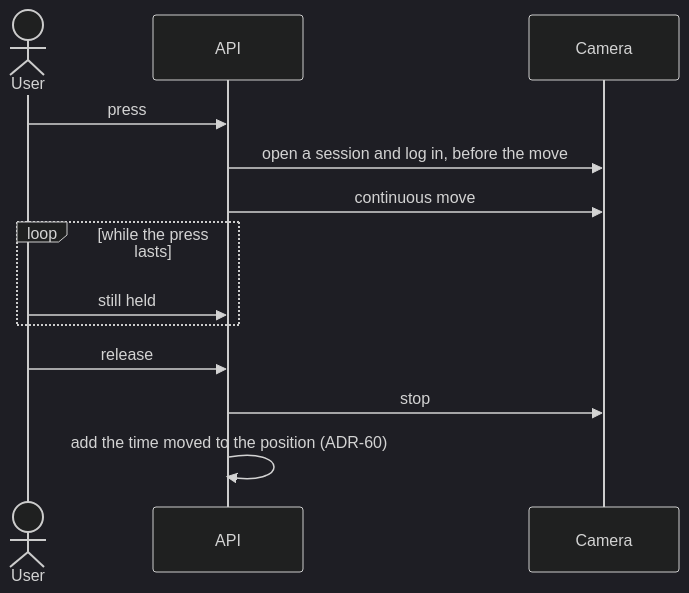
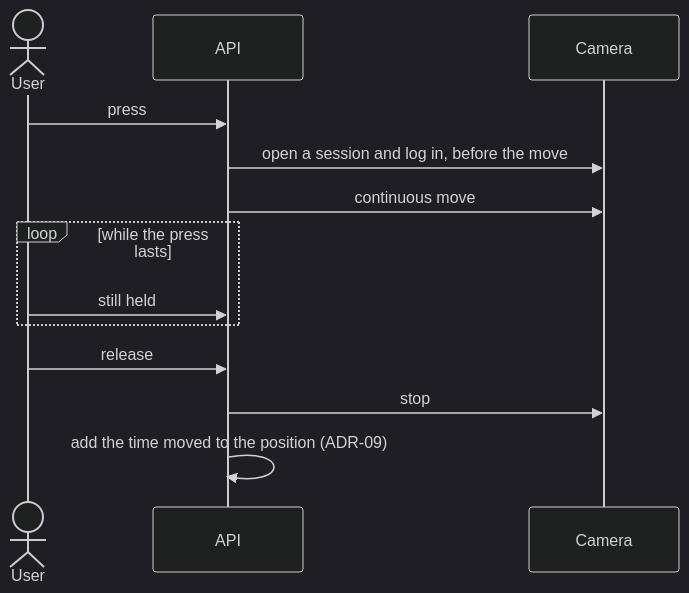
One commit to KelianS/vyzio changed the fifth of 6 diagrams in docs/SAD.md. Above: the diagram before and after it, drawn with Mermaid (dark theme). The commit also changed other lines of this file and 510 other files, not shown here.

````diff
--- a/docs/SAD.md
+++ b/docs/SAD.md
@@ -188,15 +188,15 @@
 ```mermaid
 sequenceDiagram
     actor U as User
     participant A as API
     participant C as Camera
     U->>A: press
     A->>C: open a session and log in, before the move
     A->>C: continuous move
     loop while the press lasts
         U->>A: still held
     end
     U->>A: release
     A->>C: stop
-    A->>A: add the time moved to the position (ADR-60)
+    A->>A: add the time moved to the position (ADR-09)
 ```
````
